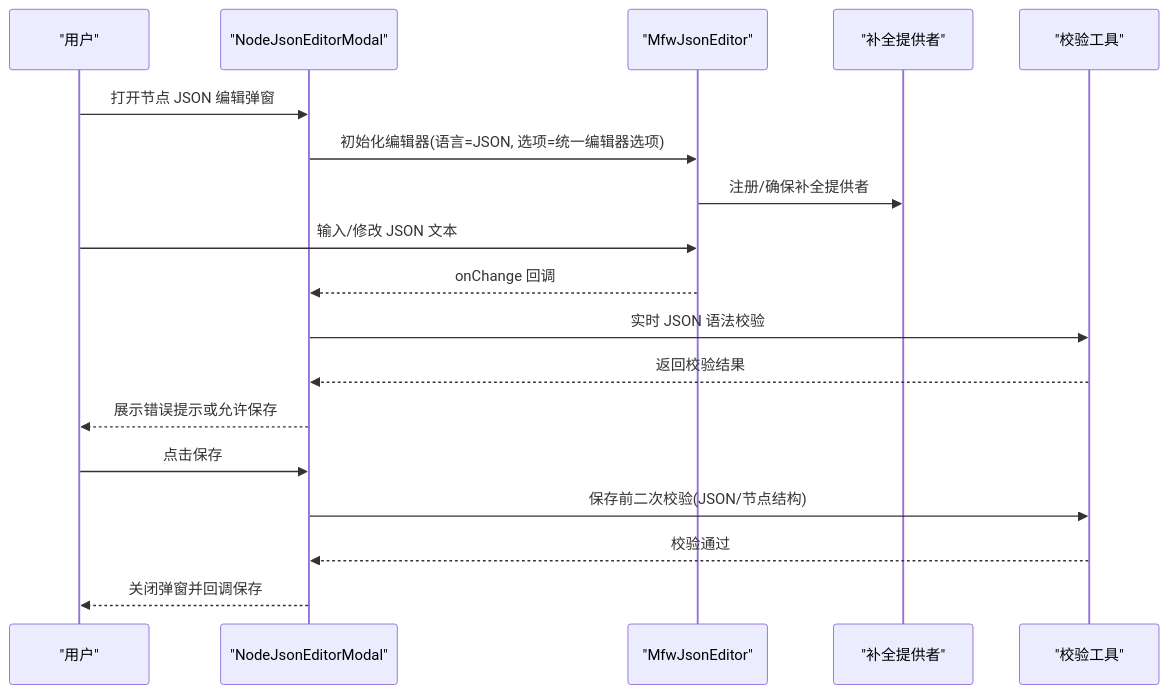
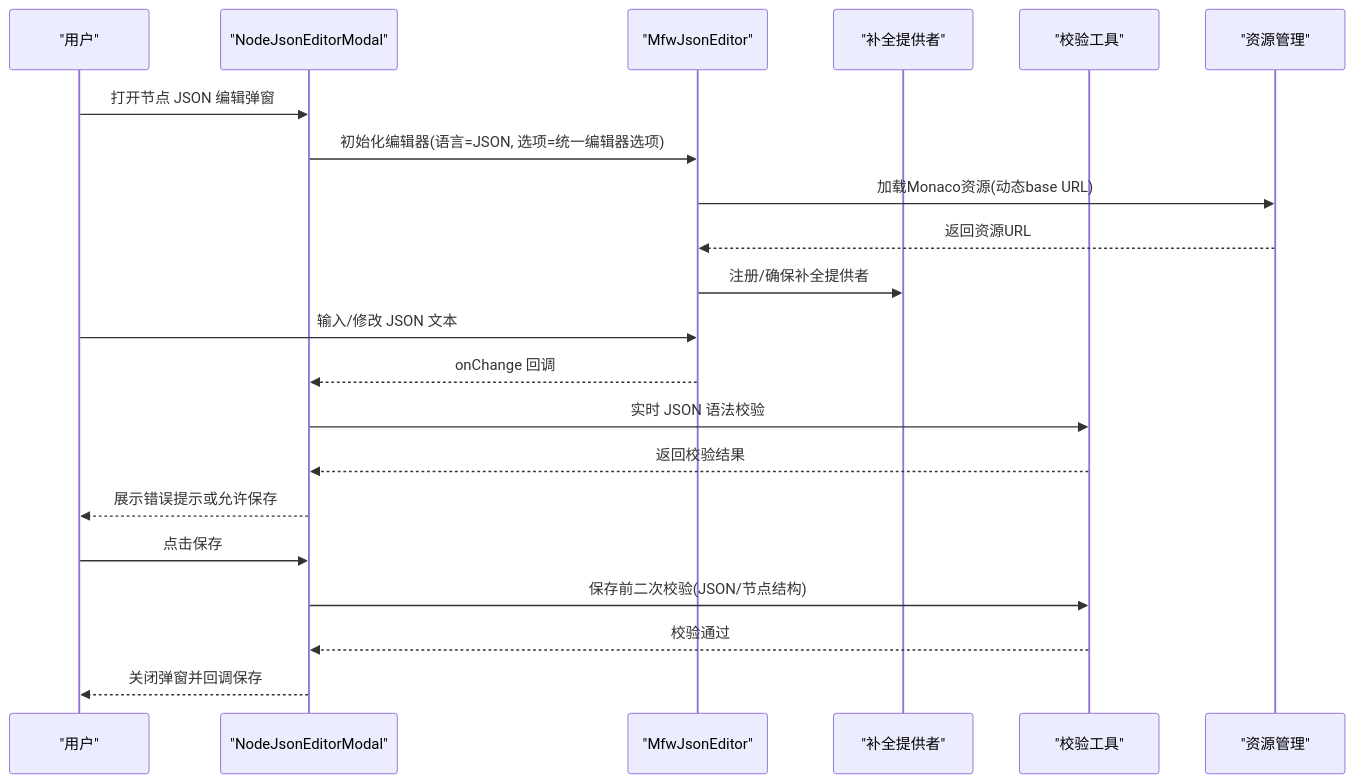
Before and after one commit to kqcoxn/MaaPipelineEditor: the second of 10 diagrams in .qoder/repowiki/zh/content/前端架构/组件系统架构/UI基础组件/JSON编辑器.md, drawn with Mermaid. The commit also changed other lines of this file and 25 other files, not shown here.

````diff
--- a/.qoder/repowiki/zh/content/前端架构/组件系统架构/UI基础组件/JSON编辑器.md
+++ b/.qoder/repowiki/zh/content/前端架构/组件系统架构/UI基础组件/JSON编辑器.md
@@ -124,20 +153,23 @@
 ```mermaid
 sequenceDiagram
 participant U as "用户"
 participant M as "NodeJsonEditorModal"
 participant E as "MfwJsonEditor"
 participant P as "补全提供者"
 participant V as "校验工具"
+participant R as "资源管理"
 U->>M : 打开节点 JSON 编辑弹窗
 M->>E : 初始化编辑器(语言=JSON, 选项=统一编辑器选项)
+E->>R : 加载Monaco资源(动态base URL)
+R-->>E : 返回资源URL
 E->>P : 注册/确保补全提供者
 U->>E : 输入/修改 JSON 文本
 E-->>M : onChange 回调
 M->>V : 实时 JSON 语法校验
 V-->>M : 返回校验结果
 M-->>U : 展示错误提示或允许保存
 U->>M : 点击保存
 M->>V : 保存前二次校验(JSON/节点结构)
 V-->>M : 校验通过
 M-->>U : 关闭弹窗并回调保存
 ```
````
